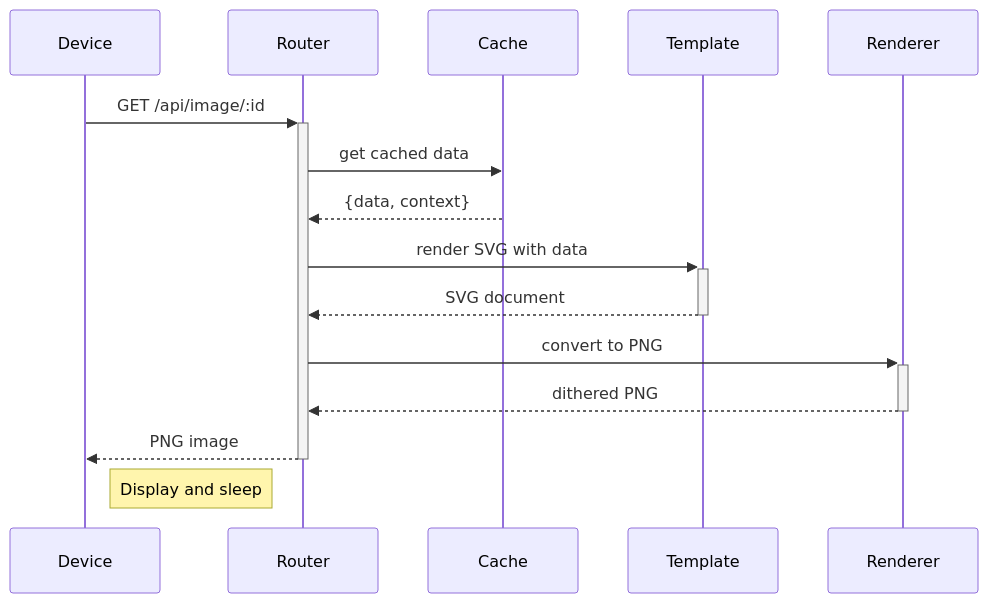
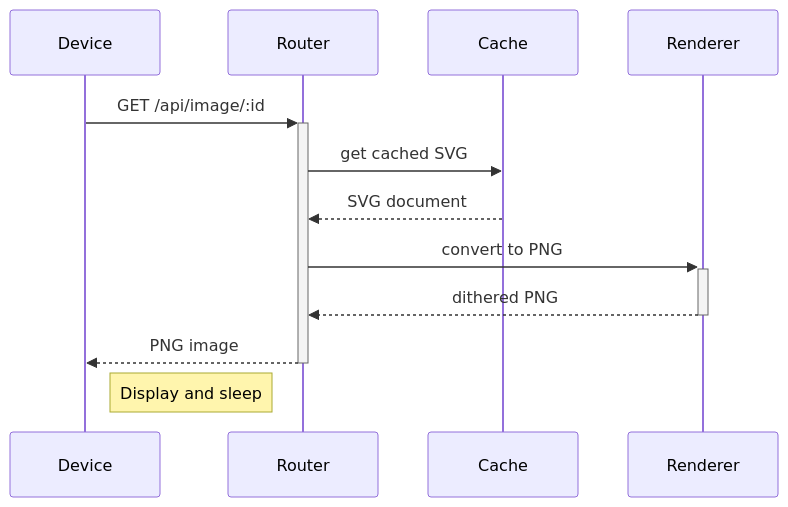
The fourth of 4 diagrams in docs/src/concepts/architecture.md (oetiker/byonk), drawn with Mermaid before and after one commit. The commit also changed other lines of this file and 6 other files, not shown here.

````diff
--- a/docs/src/concepts/architecture.md
+++ b/docs/src/concepts/architecture.md
@@ -132,18 +136,15 @@
 ```mermaid
 sequenceDiagram
     participant Device
     participant Router
     participant Cache
-    participant Template
     participant Renderer
 
     Device->>+Router: GET /api/image/:id
-    Router->>Cache: get cached data
-    Cache-->>Router: {data, context}
-    Router->>+Template: render SVG with data
-    Template-->>-Router: SVG document
+    Router->>Cache: get cached SVG
+    Cache-->>Router: SVG document
     Router->>+Renderer: convert to PNG
     Renderer-->>-Router: dithered PNG
     Router-->>-Device: PNG image
     Note right of Device: Display and sleep
 ```
````
